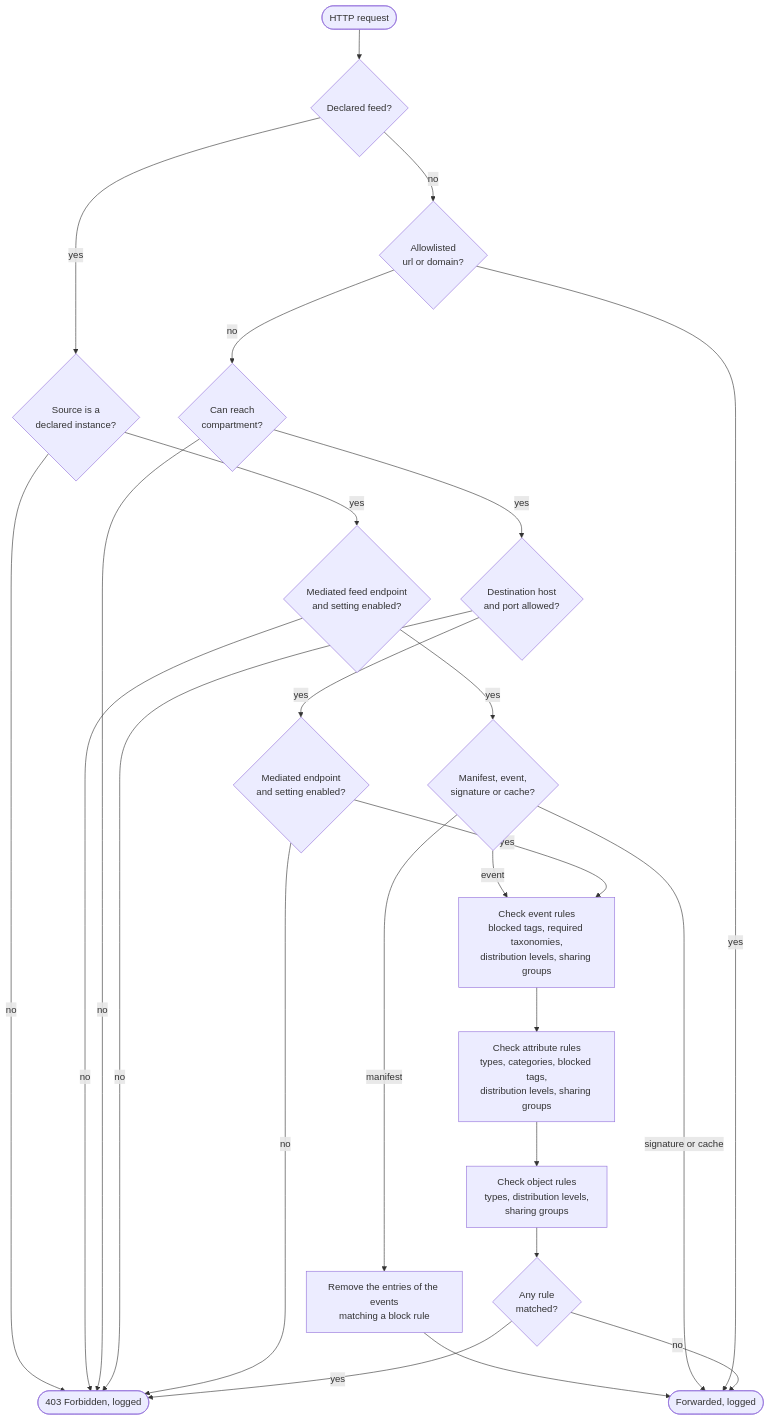
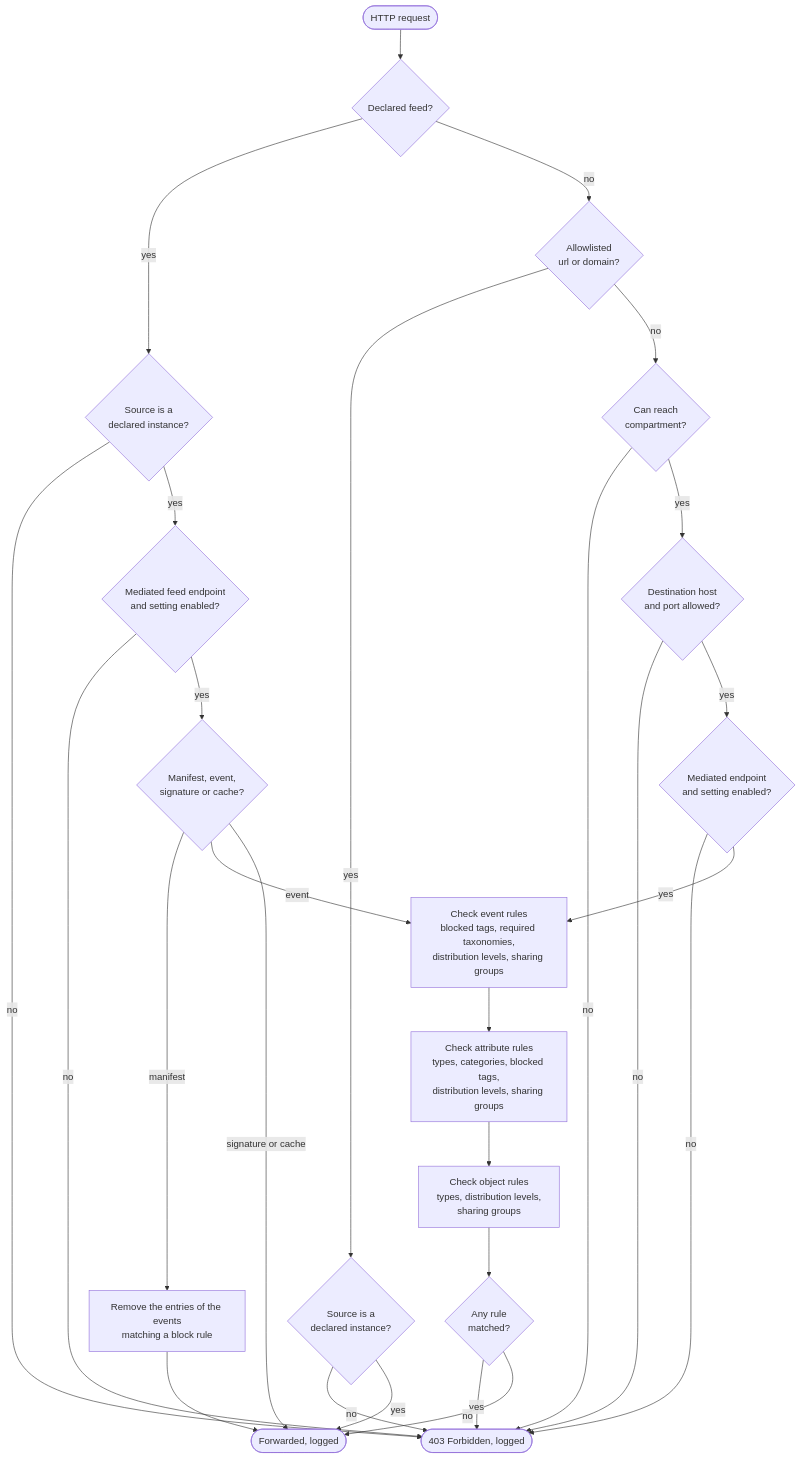
Before and after one commit to MISP/misp-guard: the first of 5 diagrams in docs/Common Criteria EAL 2 Evaluation.md, drawn with Mermaid. The commit also changed other lines of this file and 2 other files, not shown here.

First line of the commit message:
chg: log allowed flows and sources, keep the config on invalid reload

````diff
--- a/docs/Common Criteria EAL 2 Evaluation.md
+++ b/docs/Common Criteria EAL 2 Evaluation.md
@@ -701,33 +717,35 @@
 ```mermaid
 flowchart TD
     REQ([HTTP request]) --> FEED{Declared feed?}
 
     FEED -- yes --> FSRC{Source is a<br/>declared instance?}
     FSRC -- no --> BLOCK
     FSRC -- yes --> FEP{Mediated feed endpoint<br/>and setting enabled?}
     FEP -- no --> BLOCK
     FEP -- yes --> FKIND{Manifest, event,<br/>signature or cache?}
     FKIND -- manifest --> FMAN[Remove the entries of the events<br/>matching a block rule]
     FMAN --> FWD
     FKIND -- event --> RULES
     FKIND -- signature or cache --> FWD
 
     FEED -- no --> AL{Allowlisted<br/>url or domain?}
-    AL -- yes --> FWD
+    AL -- yes --> ASRC{Source is a<br/>declared instance?}
+    ASRC -- no --> BLOCK
+    ASRC -- yes --> FWD
     AL -- no --> COMP{Can reach<br/>compartment?}
     COMP -- no --> BLOCK
     COMP -- yes --> HOST{Destination host<br/>and port allowed?}
     HOST -- no --> BLOCK
     HOST -- yes --> EP{Mediated endpoint<br/>and setting enabled?}
     EP -- no --> BLOCK
     EP -- yes --> RULES
 
     RULES[Check event rules<br/>blocked tags, required taxonomies,<br/>distribution levels, sharing groups] --> ATTR
     ATTR[Check attribute rules<br/>types, categories, blocked tags,<br/>distribution levels, sharing groups] --> OBJ
     OBJ[Check object rules<br/>types, distribution levels,<br/>sharing groups] --> MATCH{Any rule<br/>matched?}
     MATCH -- yes --> BLOCK
     MATCH -- no --> FWD
 
     BLOCK([403 Forbidden, logged])
     FWD([Forwarded, logged])
 ```
````
